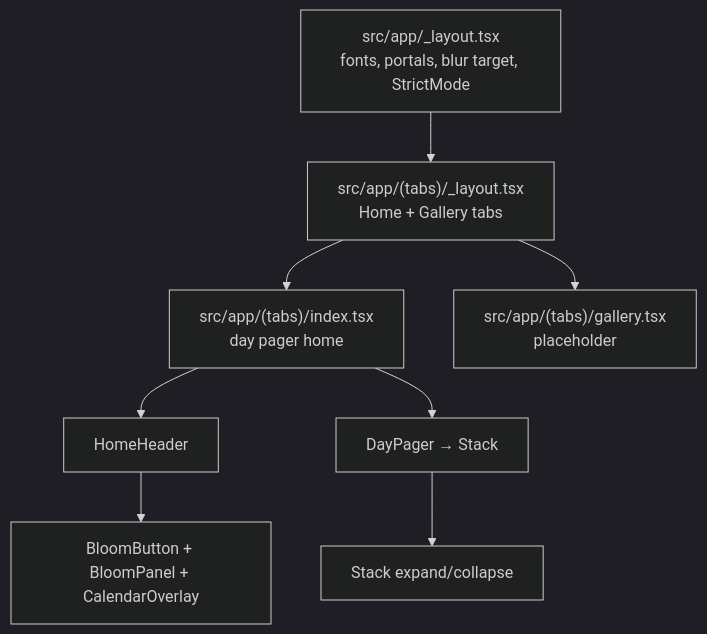
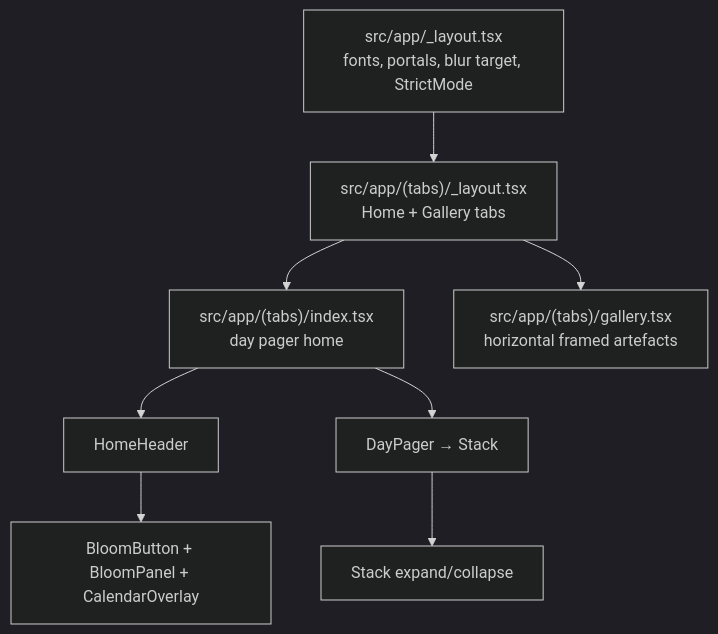
The diagram in docs/overview.md (vxncetxn/soies), drawn with Mermaid (dark theme) before and after one commit. The commit also changed other lines of this file and 23 other files, not shown here.

````diff
--- a/docs/overview.md
+++ b/docs/overview.md
@@ -38,14 +38,14 @@
 ```mermaid
 flowchart TD
   Root["src/app/_layout.tsx<br/>fonts, portals, blur target, StrictMode"]
   Tabs["src/app/(tabs)/_layout.tsx<br/>Home + Gallery tabs"]
   Home["src/app/(tabs)/index.tsx<br/>day pager home"]
-  Gallery["src/app/(tabs)/gallery.tsx<br/>placeholder"]
+  Gallery["src/app/(tabs)/gallery.tsx<br/>horizontal framed artefacts"]
   Root --> Tabs
   Tabs --> Home
   Tabs --> Gallery
   Home --> Header["HomeHeader"]
   Home --> Pager["DayPager → Stack"]
   Header --> Calendar["BloomButton + BloomPanel + CalendarOverlay"]
   Pager --> Stack["Stack expand/collapse"]
 ```
````
